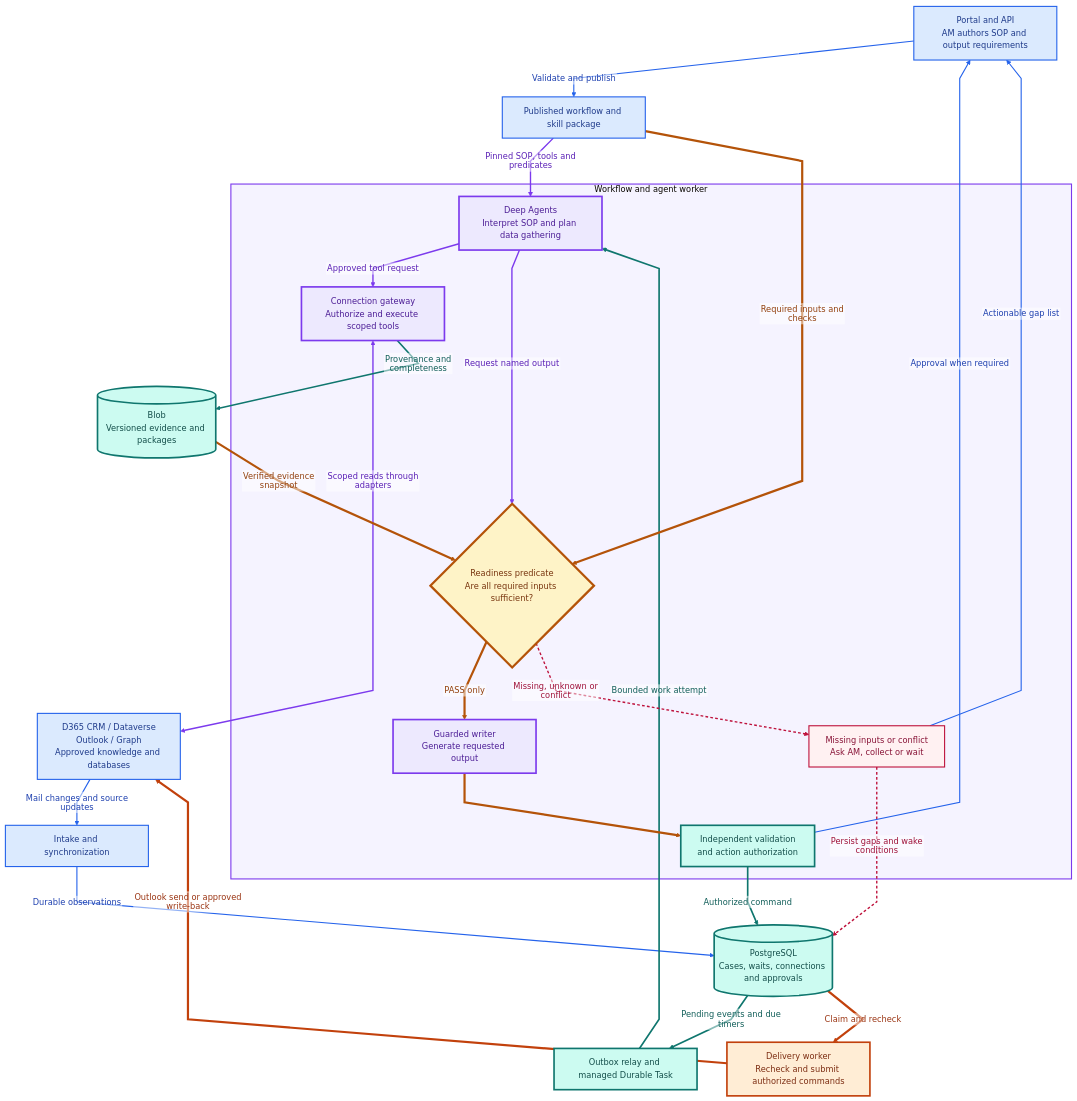
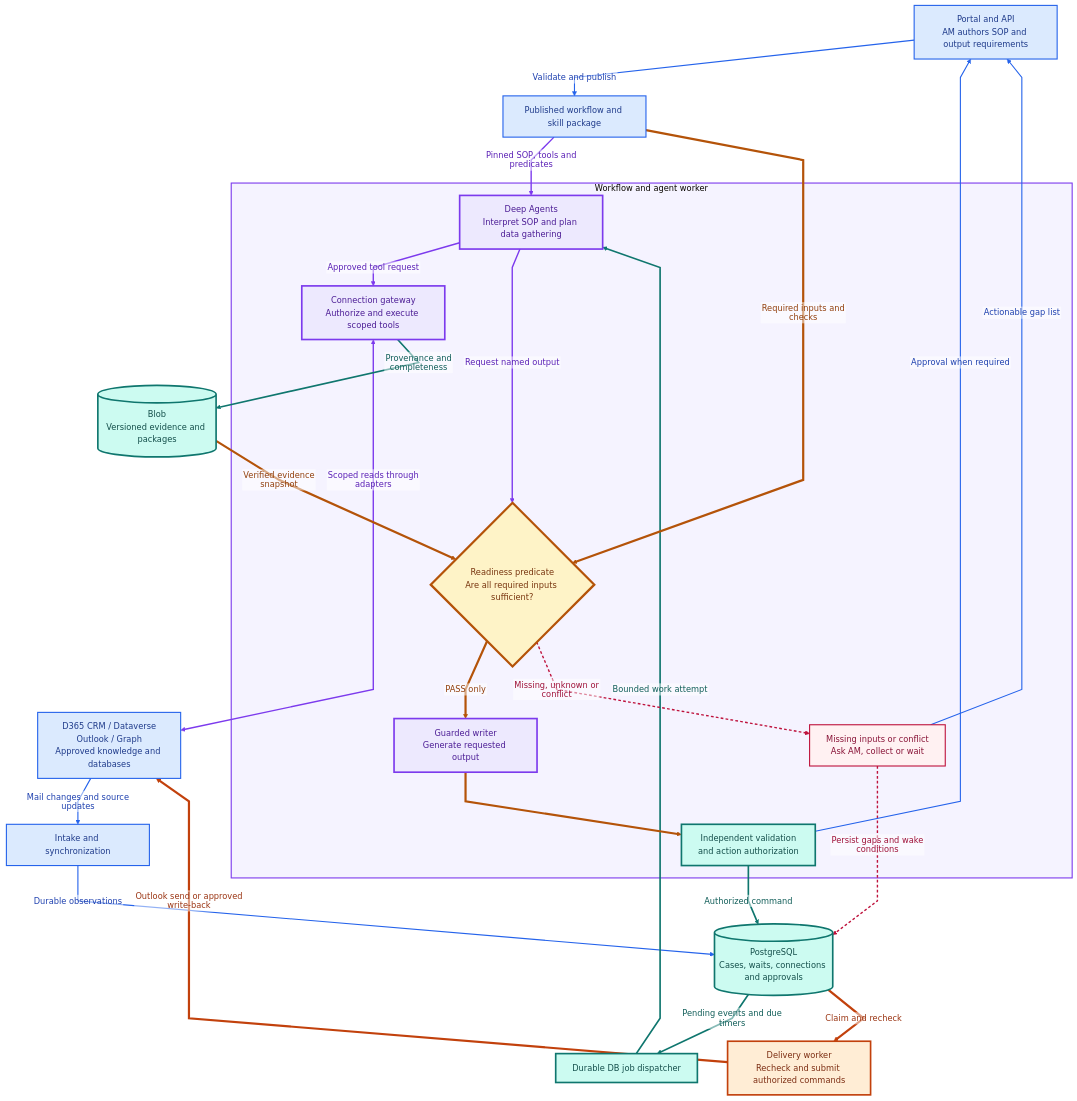
Before and after one commit to realAaronWu/aam: the first of 3 diagrams in openspec/changes/establish-aam-platform/design.md, drawn with Mermaid. The commit also changed other lines of this file and 9 other files, not shown here.

Commit message:
Select TypeScript architecture and reusable agent control patterns

````diff
--- a/openspec/changes/establish-aam-platform/design.md
+++ b/openspec/changes/establish-aam-platform/design.md
@@ -17,62 +17,62 @@
 ```mermaid
 %%{init: {"theme": "base", "themeVariables": {"fontFamily": "Arial, sans-serif", "fontSize": "15px", "edgeLabelBackground": "#ffffff"}, "flowchart": {"htmlLabels": false, "curve": "linear", "nodeSpacing": 35, "rankSpacing": 45}}}%%
 flowchart TB
   API[Portal and API<br/>AM authors SOP and output requirements]
   PACKAGE[Published workflow and skill package]
   INTAKE[Intake and synchronization]
   SOURCES[D365 CRM / Dataverse<br/>Outlook / Graph<br/>Approved knowledge and databases]
   DB[(PostgreSQL<br/>Cases, waits, connections and approvals)]
-  EXEC[Outbox relay and managed Durable Task]
+  EXEC[Durable DB job dispatcher]
   BLOB[(Blob<br/>Versioned evidence and packages)]
   subgraph WORKER[Workflow and agent worker]
     AGENT[Deep Agents<br/>Interpret SOP and plan data gathering]
     TOOLS[Connection gateway<br/>Authorize and execute scoped tools]
     GATE{Readiness predicate<br/>Are all required inputs sufficient?}
     WRITER[Guarded writer<br/>Generate requested output]
     VALID[Independent validation<br/>and action authorization]
     HOLD[Missing inputs or conflict<br/>Ask AM, collect or wait]
   end
   DELIVERY[Delivery worker<br/>Recheck and submit authorized commands]
   API -->|Validate and publish| PACKAGE
   PACKAGE -->|Pinned SOP, tools and predicates| AGENT
   SOURCES -->|Mail changes and source updates| INTAKE
   INTAKE -->|Durable observations| DB
   DB -->|Pending events and due timers| EXEC
   EXEC -->|Bounded work attempt| AGENT
   AGENT -->|Approved tool request| TOOLS
   TOOLS <-->|Scoped reads through adapters| SOURCES
   TOOLS -->|Provenance and completeness| BLOB
   AGENT -->|Request named output| GATE
   BLOB -->|Verified evidence snapshot| GATE
   PACKAGE -->|Required inputs and checks| GATE
   GATE -->|PASS only| WRITER
   GATE -->|Missing, unknown or conflict| HOLD
   HOLD -->|Persist gaps and wake conditions| DB
   HOLD -->|Actionable gap list| API
   WRITER --> VALID
   VALID -->|Approval when required| API
   VALID -->|Authorized command| DB
   DB -->|Claim and recheck| DELIVERY
   DELIVERY -->|Outlook send or approved write-back| SOURCES
 
   classDef default fill:#f8fafc,stroke:#94a3b8,color:#172033,stroke-width:1.5px
   classDef control fill:#dbeafe,stroke:#2563eb,color:#1e3a8a,stroke-width:2px
   classDef agent fill:#ede9fe,stroke:#7c3aed,color:#4c1d95,stroke-width:3px
   classDef gate fill:#fef3c7,stroke:#b45309,color:#78350f,stroke-width:4px
   classDef state fill:#ccfbf1,stroke:#0f766e,color:#134e4a,stroke-width:3px
   classDef hold fill:#fff1f2,stroke:#be123c,color:#881337,stroke-width:2px
   classDef delivery fill:#ffedd5,stroke:#c2410c,color:#7c2d12,stroke-width:3px
   class API,PACKAGE,INTAKE,SOURCES control
   class AGENT,TOOLS,WRITER agent
   class GATE gate
   class DB,EXEC,BLOB,VALID state
   class HOLD hold
   class DELIVERY delivery
   style WORKER fill:#f5f3ff,stroke:#7c3aed,stroke-width:2px
   linkStyle 0,2,3,15,17 stroke:#2563eb,stroke-width:2px,color:#1e40af
   linkStyle 1,6,7,9 stroke:#7c3aed,stroke-width:2.5px,color:#5b21b6
   linkStyle 4,5,8,18 stroke:#0f766e,stroke-width:3px,color:#115e59
   linkStyle 10,11,12,16 stroke:#b45309,stroke-width:4px,color:#92400e
   linkStyle 13,14 stroke:#be123c,stroke-width:2.5px,stroke-dasharray:5 4,color:#9f1239
   linkStyle 19,20 stroke:#c2410c,stroke-width:4px,color:#9a3412
 ```
````
